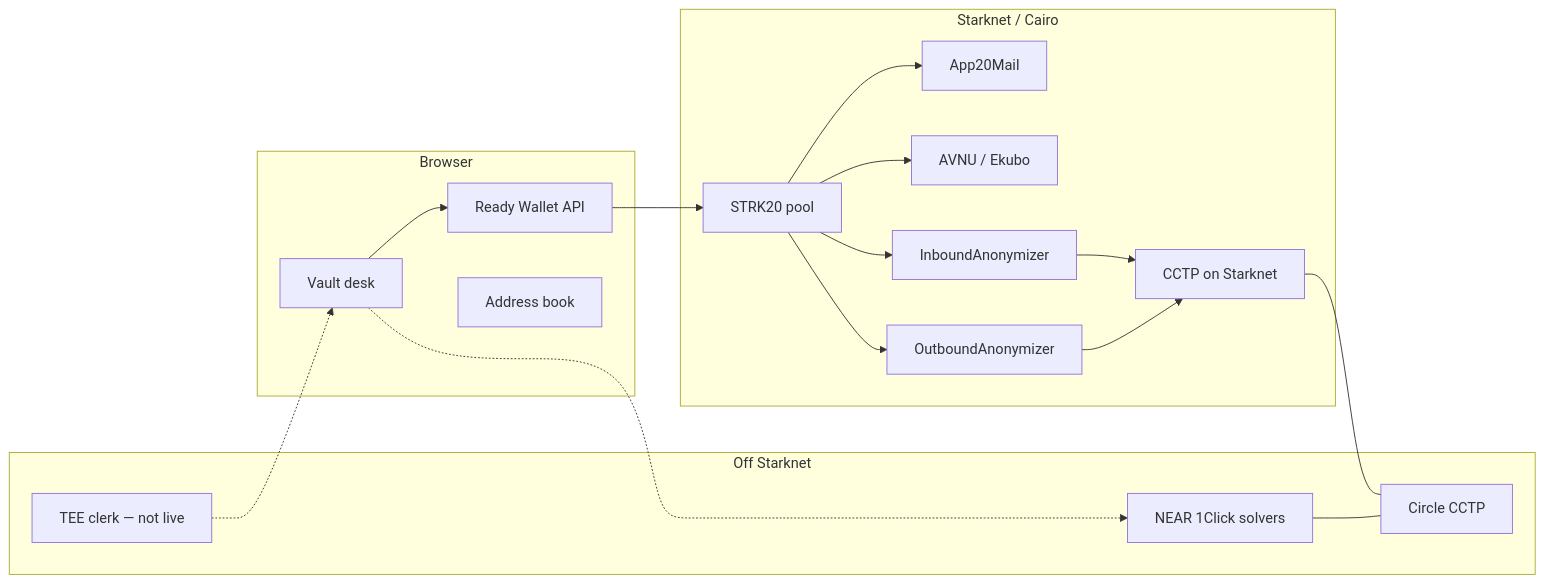
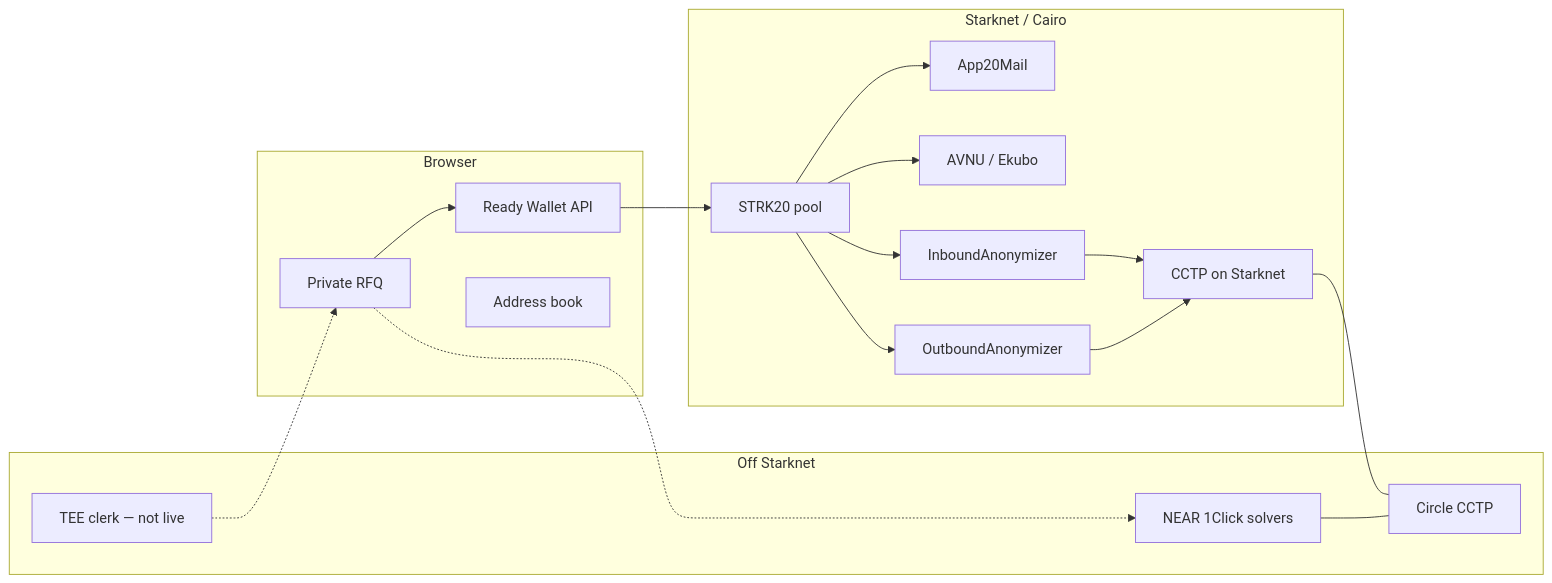
One commit to gstohl/app20 changed the first of 10 diagrams in docs/APP20_SWAP_FLOWS.md. Above: the diagram before and after it, drawn with Mermaid. The commit also changed other lines of this file and 238 other files, not shown here.

Commit message:
feat: harden localnet private RFQ

````diff
--- a/docs/APP20_SWAP_FLOWS.md
+++ b/docs/APP20_SWAP_FLOWS.md
@@ -9,36 +9,36 @@
 ```mermaid
 flowchart LR
   subgraph User["Browser"]
     Ready[Ready Wallet API]
     Book[Address book]
-    Desk[Vault desk]
+    Desk[Private RFQ]
   end
 
   subgraph Starknet["Starknet / Cairo"]
     Pool[STRK20 pool]
     Mail[App20Mail]
     Avnu[AVNU / Ekubo]
     Inb[InboundAnonymizer]
     Out[OutboundAnonymizer]
     CctpSn[CCTP on Starknet]
   end
 
   subgraph Off["Off Starknet"]
     OneClick[NEAR 1Click solvers]
     Circle[Circle CCTP]
     Tee[TEE clerk — not live]
   end
 
   Desk --> Ready
   Ready --> Pool
   Pool --> Mail
   Pool --> Avnu
   Pool --> Inb
   Pool --> Out
   Inb --> CctpSn
   Out --> CctpSn
   CctpSn --- Circle
   OneClick --- Circle
   Desk -.-> OneClick
   Tee -.-> Desk
 ```
````
